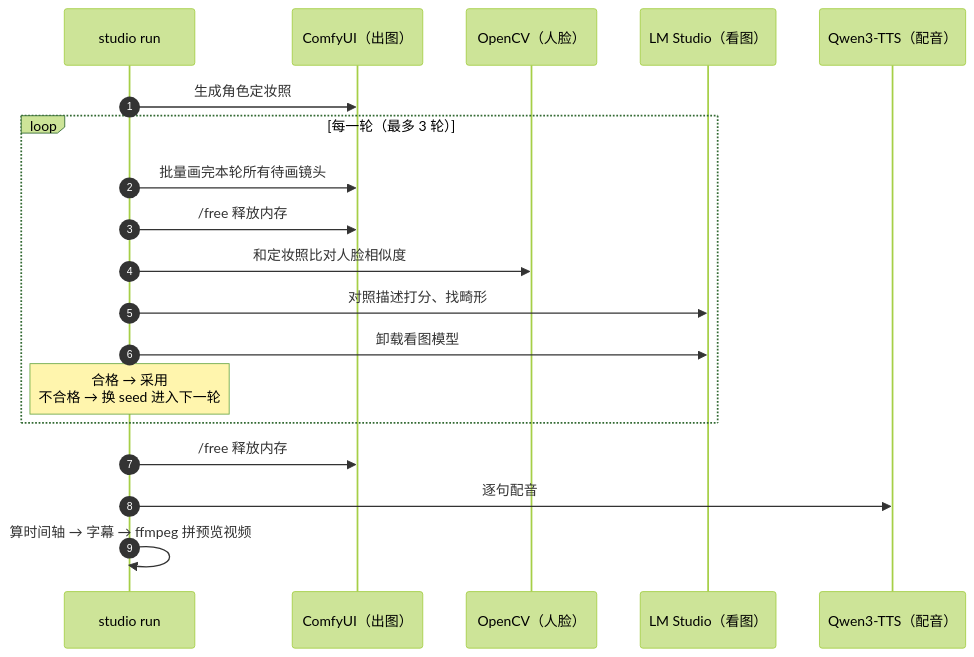
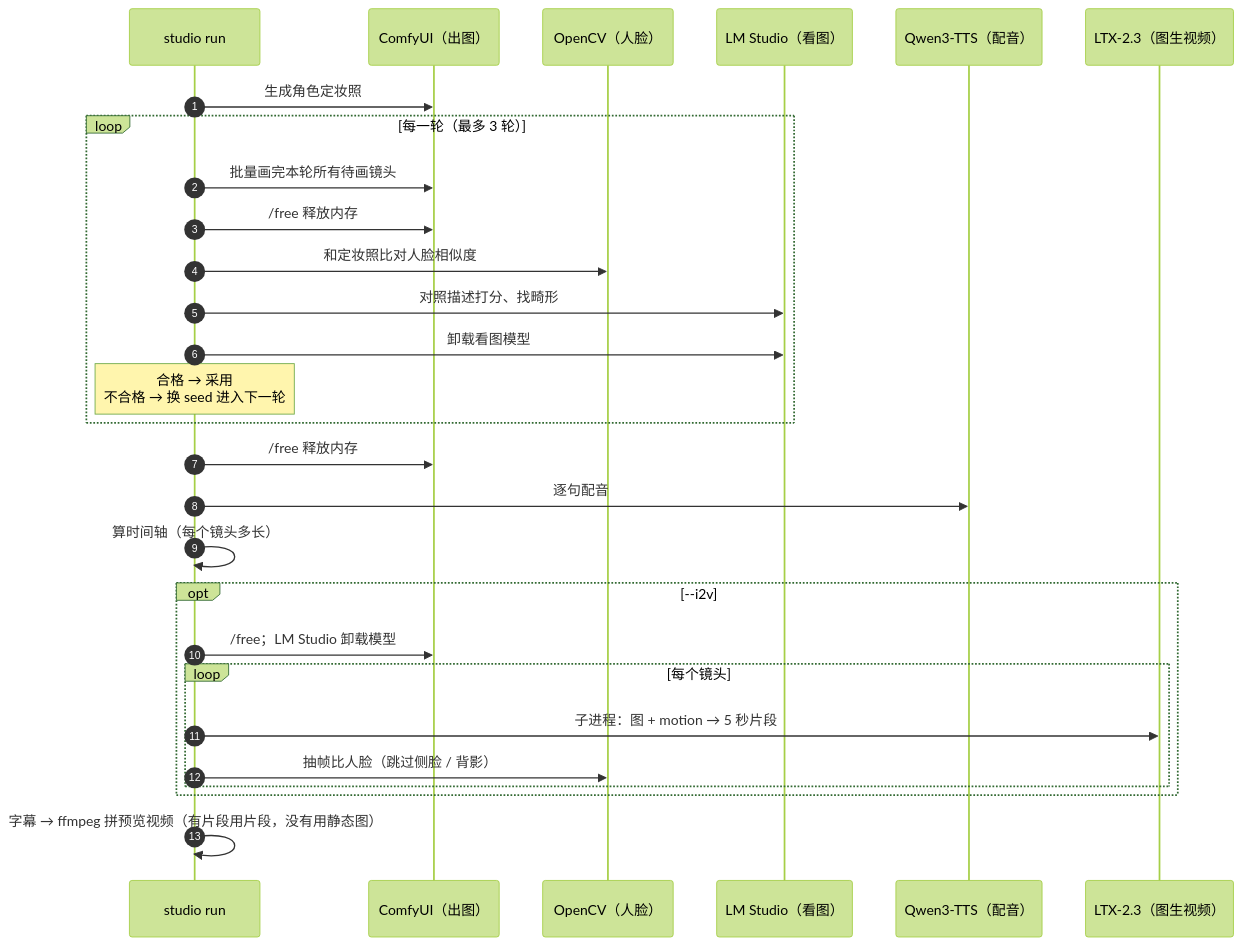
Before and after one commit to lvzhiyi/ai-tools: the second of 2 diagrams in README.md, drawn with Mermaid (forest theme). The commit also changed other lines of this file and 3 other files, not shown here.

Commit message:
docs: README 演示换成动态版，补图生视频（实测、视频人脸一致性、架构图）

````diff
--- a/README.md
+++ b/README.md
@@ -79,22 +100,31 @@
 ```mermaid
 sequenceDiagram
     autonumber
     participant S as studio run
     participant C as ComfyUI（出图）
     participant F as OpenCV（人脸）
     participant L as LM Studio（看图）
     participant T as Qwen3-TTS（配音）
+    participant V as LTX-2.3（图生视频）
 
     S->>C: 生成角色定妆照
     loop 每一轮（最多 3 轮）
         S->>C: 批量画完本轮所有待画镜头
         S->>C: /free 释放内存
         S->>F: 和定妆照比对人脸相似度
         S->>L: 对照描述打分、找畸形
         S->>L: 卸载看图模型
         Note over S: 合格 → 采用<br/>不合格 → 换 seed 进入下一轮
     end
     S->>C: /free 释放内存
     S->>T: 逐句配音
-    S->>S: 算时间轴 → 字幕 → ffmpeg 拼预览视频
+    S->>S: 算时间轴（每个镜头多长）
+    opt --i2v
+        S->>C: /free；LM Studio 卸载模型
+        loop 每个镜头
+            S->>V: 子进程：图 + motion → 5 秒片段
+            S->>F: 抽帧比人脸（跳过侧脸 / 背影）
+        end
+    end
+    S->>S: 字幕 → ffmpeg 拼预览视频（有片段用片段，没有用静态图）
 ```
````
